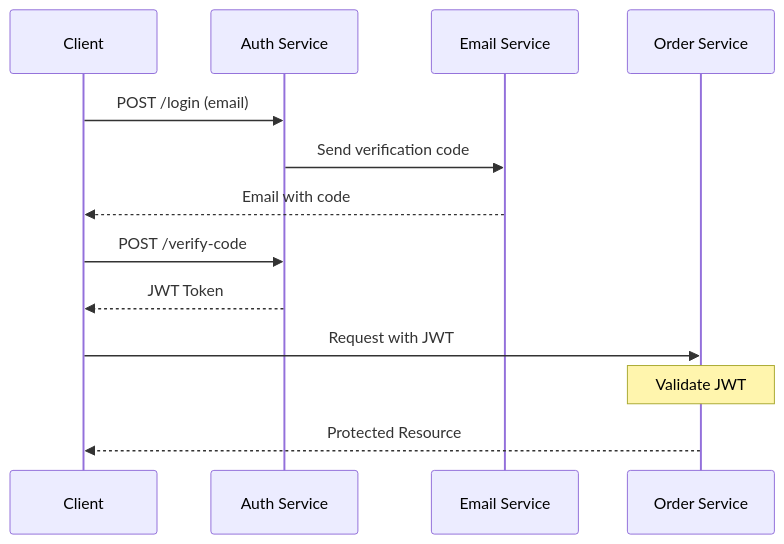
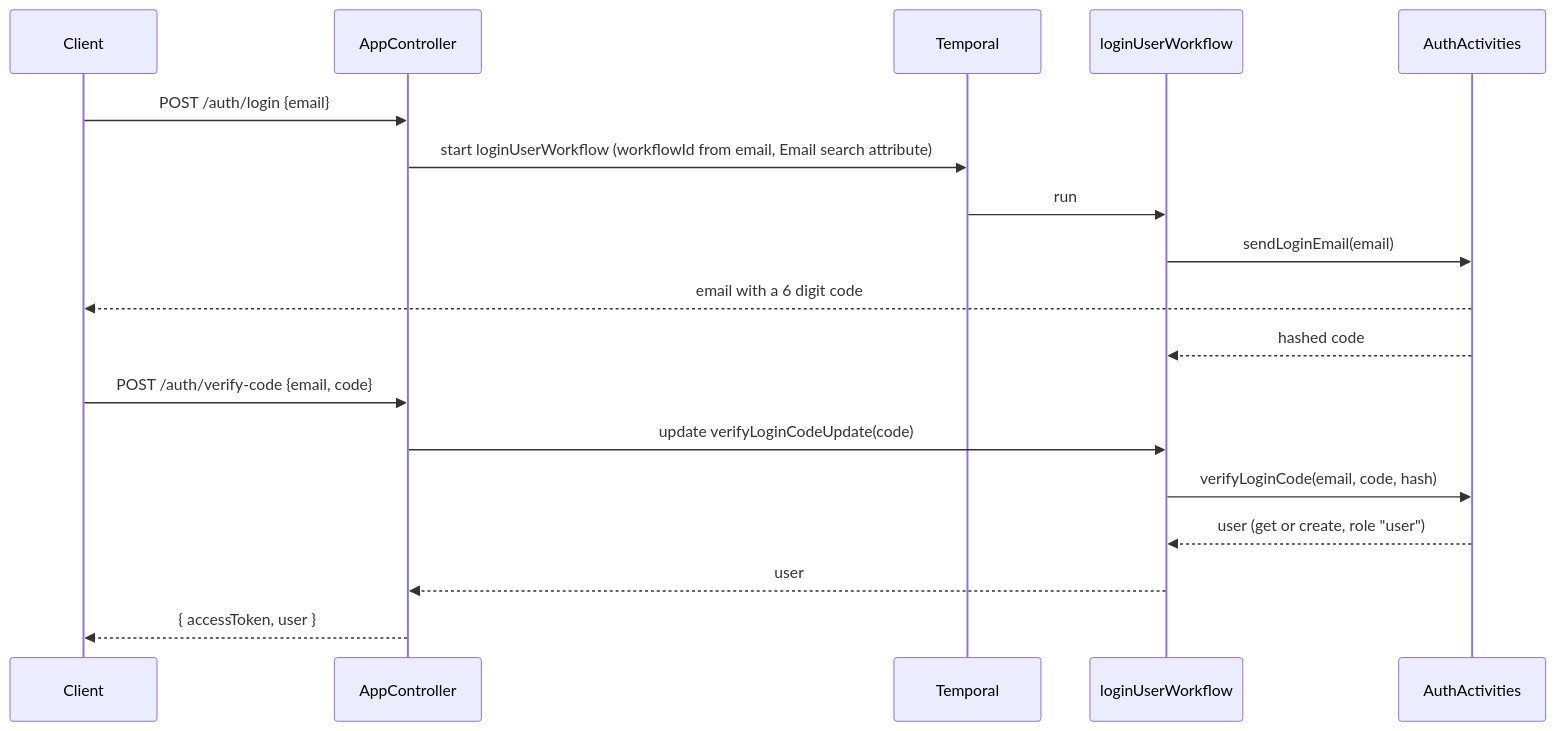
One commit to proyecto26/projectx-api changed the second of 3 diagrams in docs/architecture/README.md. Above: the diagram before and after it, drawn with Mermaid. The commit also changed other lines of this file and 567 other files, not shown here.

````diff
--- a/docs/architecture/README.md
+++ b/docs/architecture/README.md
@@ -39,16 +41,21 @@
 ```mermaid
 sequenceDiagram
     participant C as Client
-    participant A as Auth Service
-    participant E as Email Service
-    participant O as Order Service
+    participant A as AppController
+    participant T as Temporal
+    participant W as loginUserWorkflow
+    participant Act as AuthActivities
 
-    C->>A: POST /login (email)
-    A->>E: Send verification code
-    E-->>C: Email with code
-    C->>A: POST /verify-code
-    A-->>C: JWT Token
-    C->>O: Request with JWT
-    Note over O: Validate JWT
-    O-->>C: Protected Resource
+    C->>A: POST /auth/login {email}
+    A->>T: start loginUserWorkflow (workflowId from email, Email search attribute)
+    T->>W: run
+    W->>Act: sendLoginEmail(email)
+    Act-->>C: email with a 6 digit code
+    Act-->>W: hashed code
+    C->>A: POST /auth/verify-code {email, code}
+    A->>W: update verifyLoginCodeUpdate(code)
+    W->>Act: verifyLoginCode(email, code, hash)
+    Act-->>W: user (get or create, role "user")
+    W-->>A: user
+    A-->>C: { accessToken, user }
 ```
````
